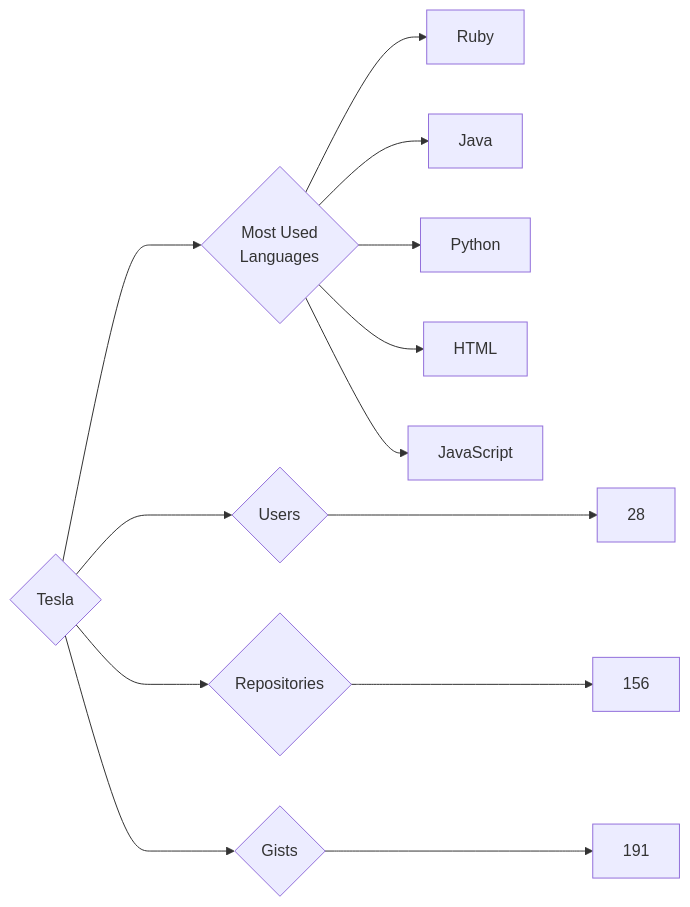
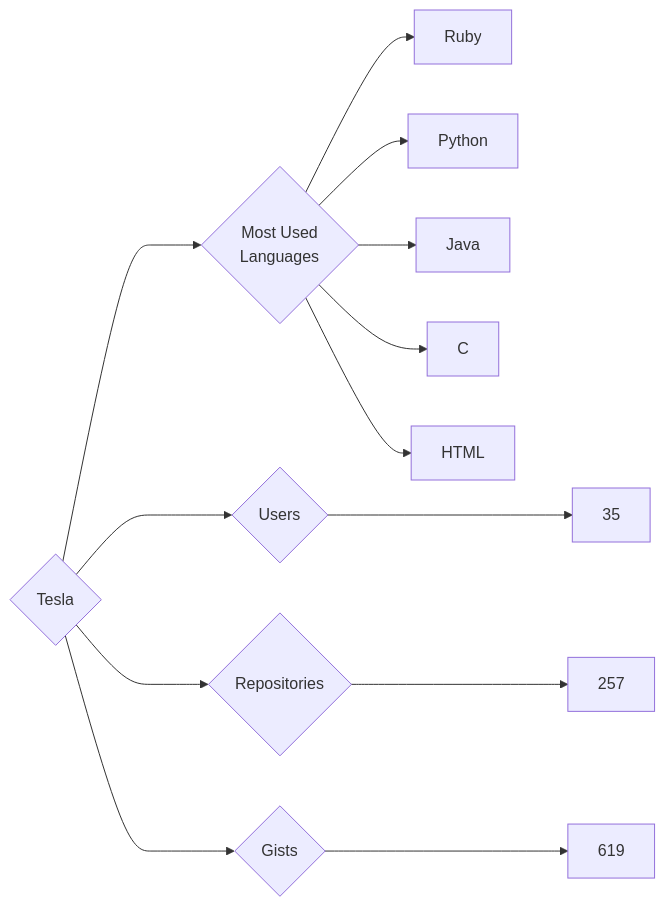
The diagram in targets/Tesla/README.md (trickest/insiders), drawn with Mermaid before and after one commit. The commit also changed 912 other files, not shown here.

````diff
--- a/targets/Tesla/README.md
+++ b/targets/Tesla/README.md
@@ -3,13 +3,13 @@
 ```mermaid
 graph LR
 COMPANY_NAME{Tesla}
-COMPANY_NAME ---> U{Users} ---> UN[28]
-COMPANY_NAME ---> R{Repositories} ---> RN[156]
-COMPANY_NAME ---> G{Gists} ---> GN[191]
+COMPANY_NAME ---> U{Users} ---> UN[35]
+COMPANY_NAME ---> R{Repositories} ---> RN[257]
+COMPANY_NAME ---> G{Gists} ---> GN[619]
 COMPANY_NAME ---> ML{Most Used<br>Languages}
 ML --> Ruby[Ruby]
+ML --> Python[Python]
 ML --> Java[Java]
-ML --> Python[Python]
+ML --> C[C]
 ML --> HTML[HTML]
-ML --> JavaScript[JavaScript]
 ```
````
